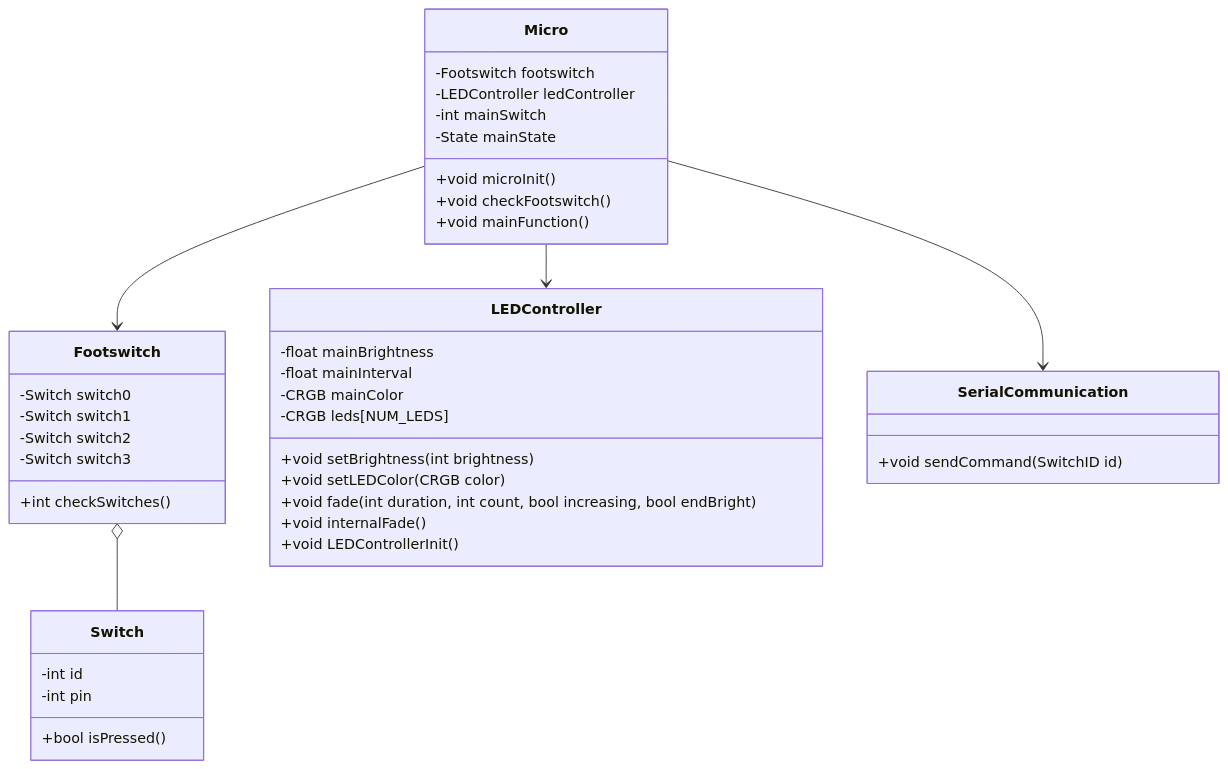
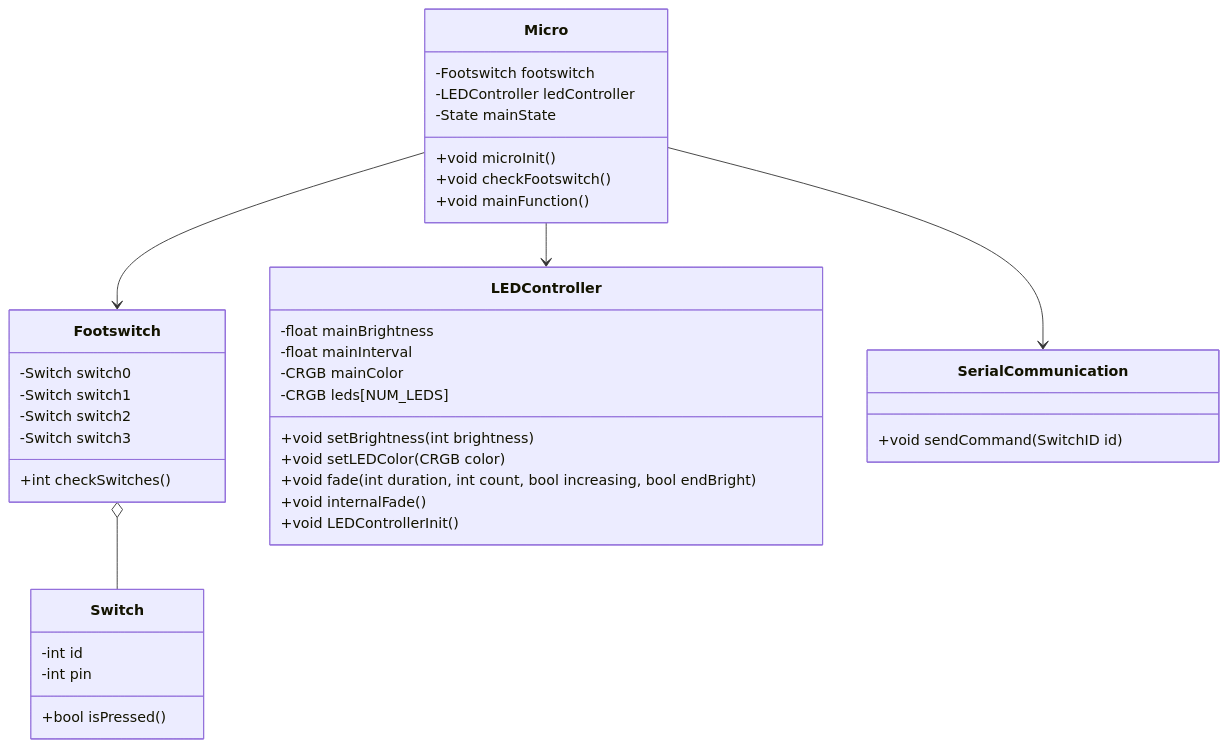
One commit to c-coyne/logic-pro-transport-controller changed the diagram in doc/design/module/Module.md. Above: the diagram before and after it, drawn with Mermaid. The commit also changed 13 other files, not shown here.

````diff
--- a/doc/design/module/Module.md
+++ b/doc/design/module/Module.md
@@ -3,42 +3,41 @@
 ```mermaid
 classDiagram
     Footswitch o-- Switch
     Micro --> Footswitch
     Micro --> LEDController
     Micro --> SerialCommunication
     class Switch{
         -int id
         -int pin
         +bool isPressed()
     }
     class Footswitch{
         -Switch switch0
         -Switch switch1
         -Switch switch2
         -Switch switch3
         +int checkSwitches()
     }
     class Micro{
         -Footswitch footswitch
         -LEDController ledController
-        -int mainSwitch
         -State mainState
         +void microInit()
         +void checkFootswitch()
         +void mainFunction()
     }
     class LEDController{
         -float mainBrightness
         -float mainInterval
         -CRGB mainColor
         -CRGB leds[NUM_LEDS]
         +void setBrightness(int brightness)
         +void setLEDColor(CRGB color)
         +void fade(int duration, int count, bool increasing, bool endBright)
         +void internalFade()
         +void LEDControllerInit()
     }
     class SerialCommunication{
         +void sendCommand(SwitchID id)
     }
 ```
````
